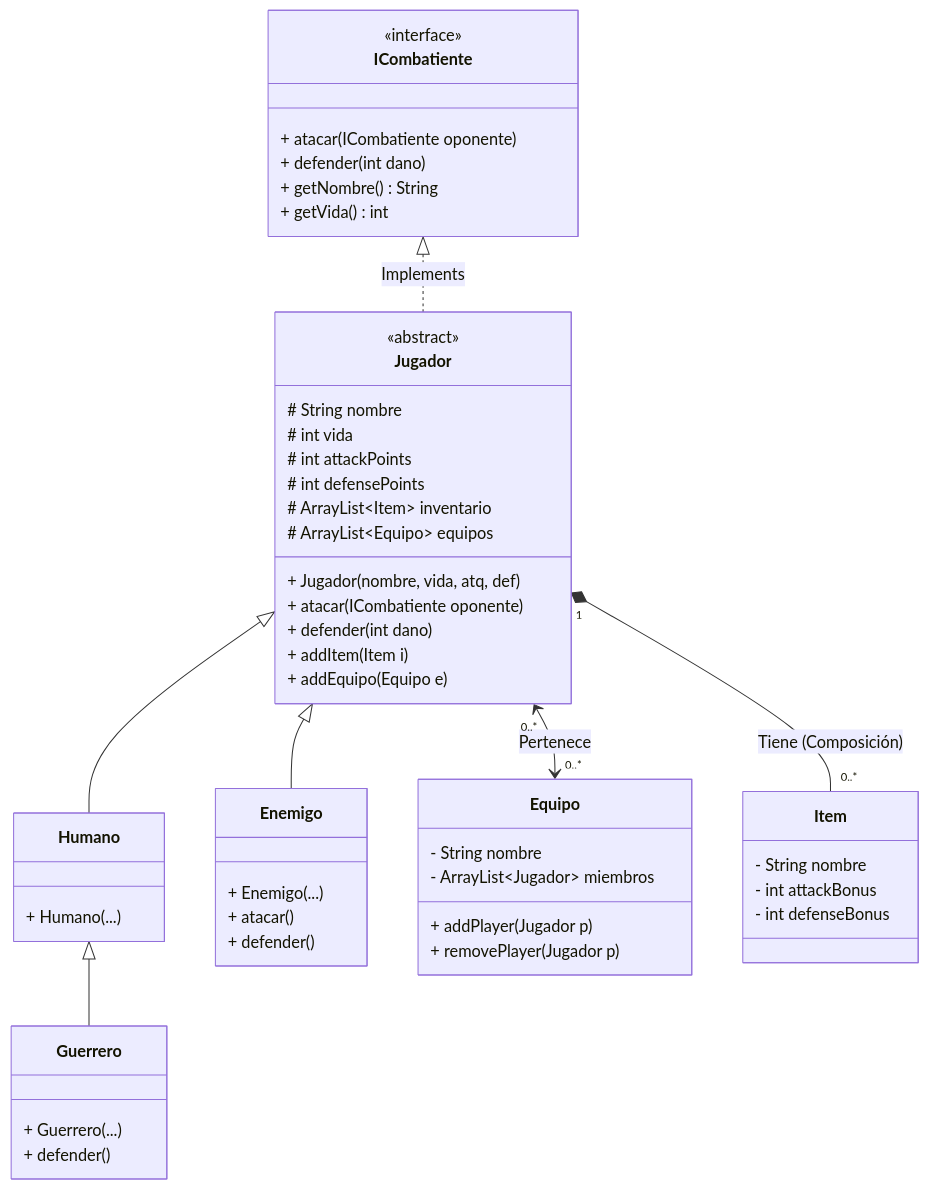
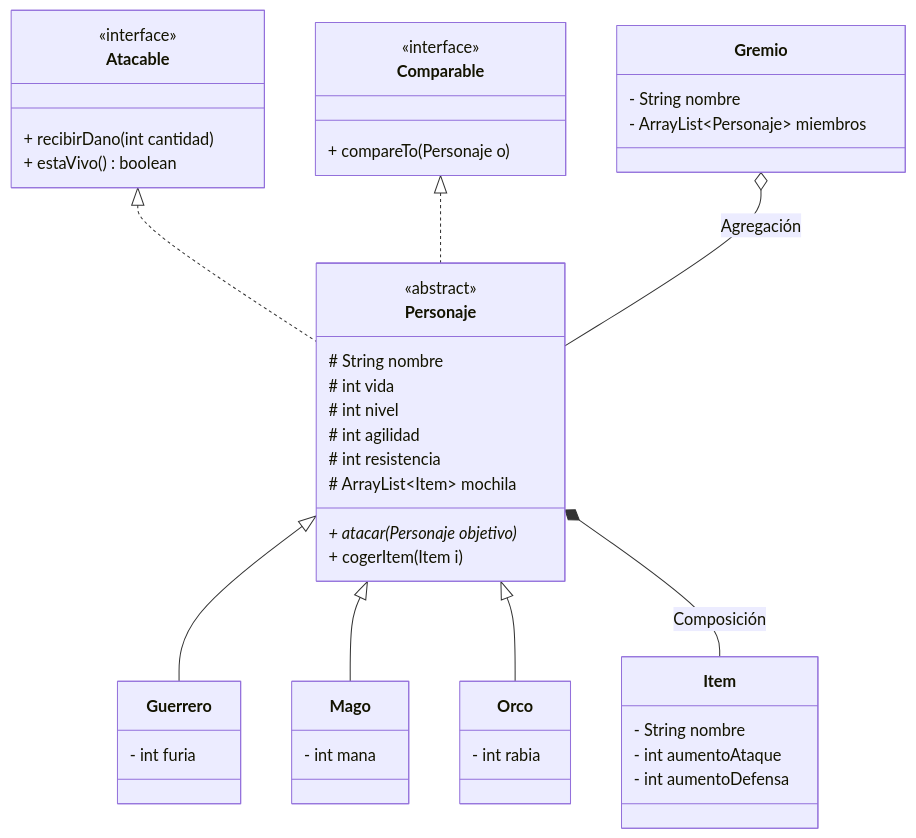
The second of 2 diagrams in docs/ejercicios/ud06/ejercicios_ud6_juego_rol.md (JMAbadLopez/programacion), drawn with Mermaid before and after one commit. The commit also changed other lines of this file and 29 other files, not shown here.

````diff
--- a/docs/ejercicios/ud06/ejercicios_ud6_juego_rol.md
+++ b/docs/ejercicios/ud06/ejercicios_ud6_juego_rol.md
@@ -184,59 +188,54 @@
 ```mermaid
 classDiagram
-    class ICombatiente {
+    class Atacable {
         <<interface>>
-        + atacar(ICombatiente oponente)
-        + defender(int dano)
-        + getNombre() String
-        + getVida() int
+        + recibirDano(int cantidad)
+        + estaVivo() boolean
     }
 
-    class Jugador {
+    class Comparable {
+        <<interface>>
+        + compareTo(Personaje o)
+    }
+
+    class Personaje {
         <<abstract>>
         # String nombre
         # int vida
-        # int attackPoints
-        # int defensePoints
-        # ArrayList~Item~ inventario
-        # ArrayList~Equipo~ equipos
-        + Jugador(nombre, vida, atq, def)
-        + atacar(ICombatiente oponente)
-        + defender(int dano)
-        + addItem(Item i)
-        + addEquipo(Equipo e)
+        # int nivel
+        # int agilidad
+        # int resistencia
+        # ArrayList~Item~ mochila
+        + atacar(Personaje objetivo)*
+        + cogerItem(Item i)
     }
 
-    class Humano {
-        + Humano(...)
+    class Guerrero {
+        - int furia
     }
-    class Enemigo {
-        + Enemigo(...)
-        + atacar()
-        + defender()
+    class Mago {
+        - int mana
     }
-    class Guerrero {
-        + Guerrero(...)
-        + defender()
+    class Orco {
+        - int rabia
     }
-    
-    class Equipo {
+
+    class Gremio {
         - String nombre
-        - ArrayList~Jugador~ miembros
-        + addPlayer(Jugador p)
-        + removePlayer(Jugador p)
+        - ArrayList~Personaje~ miembros
     }
 
     class Item {
         - String nombre
-        - int attackBonus
-        - int defenseBonus
+        - int aumentoAtaque
+        - int aumentoDefensa
     }
 
-    ICombatiente <|.. Jugador : Implements
-    Jugador <|-- Humano
-    Jugador <|-- Enemigo
-    Humano <|-- Guerrero
-
-    Jugador "0..*" <--> "0..*" Equipo : Pertenece
-    Jugador "1" *-- "0..*" Item : Tiene (Composición)
+    Atacable <|.. Personaje
+    Comparable <|.. Personaje
+    Personaje <|-- Guerrero
+    Personaje <|-- Mago
+    Personaje <|-- Orco
+    Gremio o-- Personaje : Agregación
+    Personaje *-- Item : Composición
 ```
````
